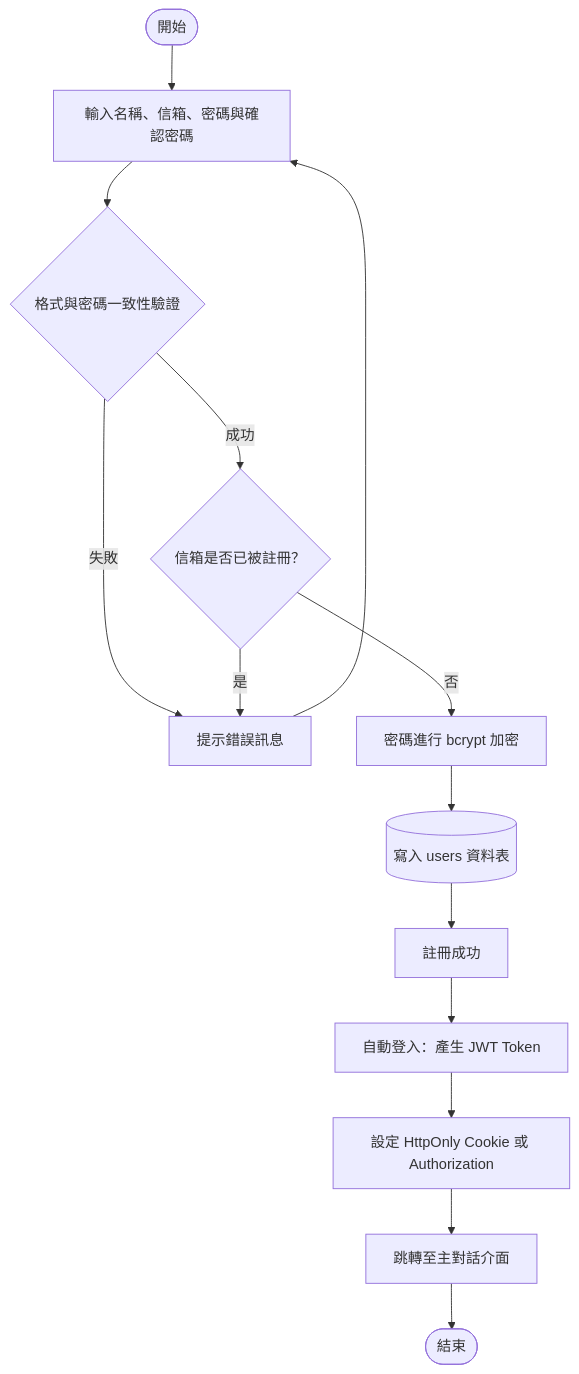
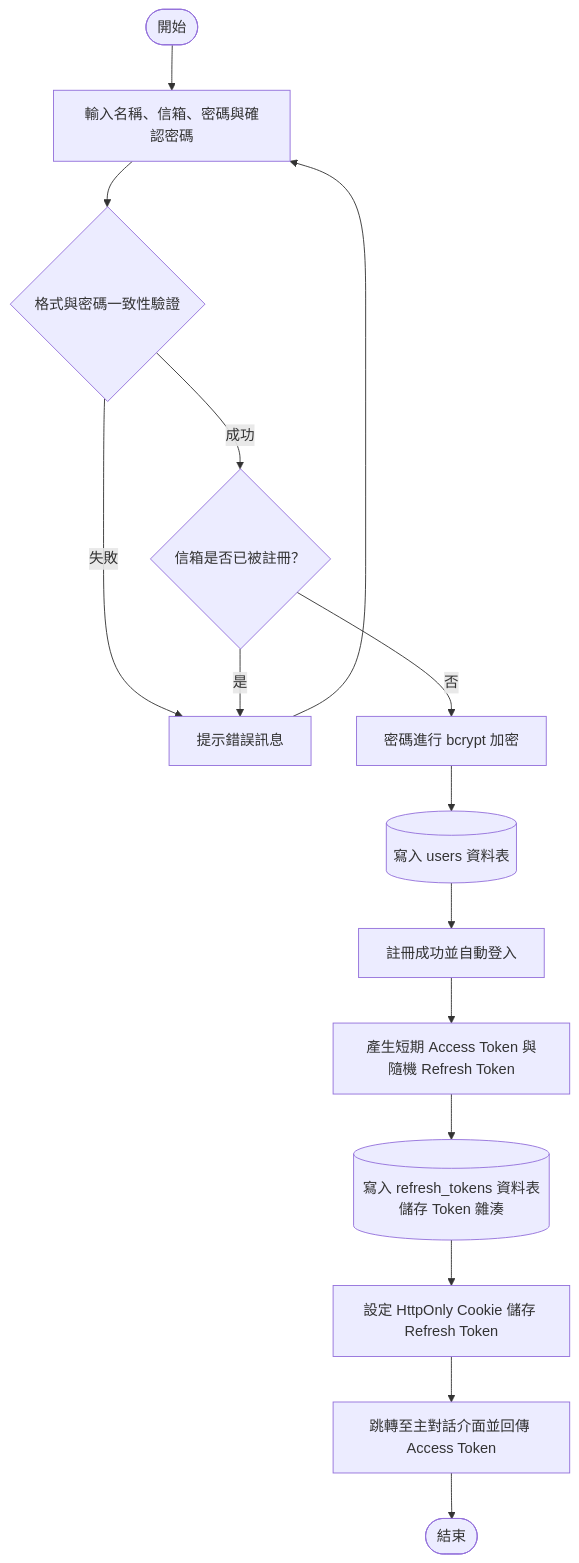
The first of 14 diagrams in docs/reports/final-report.md (nearcsie/near-chat), drawn with Mermaid before and after one commit. The commit also changed other lines of this file, not shown here.

Commit message:
docs: SQL database schema 補全，新增 jwt 驗證機制說明

````diff
--- a/docs/reports/final-report.md
+++ b/docs/reports/final-report.md
@@ -365,15 +398,16 @@
 ```mermaid
 flowchart TD                                                                                                 
     Start([開始]) --> RegInput[輸入名稱、信箱、密碼與確認密碼]
     RegInput --> RegValid{格式與密碼一致性驗證}
     RegValid -- 失敗 --> RegErr[提示錯誤訊息] --> RegInput 
     RegValid -- 成功 --> CheckEmailExist{信箱是否已被註冊？} 
     CheckEmailExist -- 是 --> RegErr
     CheckEmailExist -- 否 --> Bcrypt[密碼進行 bcrypt 加密]
     Bcrypt --> DBInsertUser[(寫入 users 資料表)]  
-    DBInsertUser --> RegSuccess[註冊成功]
-    RegSuccess --> GenJWT[自動登入：產生 JWT Token]
-    GenJWT --> SetCookie[設定 HttpOnly Cookie 或 Authorization]
-    SetCookie --> RedirectMain[跳轉至主對話介面]
+    DBInsertUser --> RegSuccess[註冊成功並自動登入]
+    RegSuccess --> GenTokens[產生短期 Access Token 與隨機 Refresh Token]
+    GenTokens --> DBInsertRefresh[(寫入 refresh_tokens 資料表儲存 Token 雜湊)]
+    DBInsertRefresh --> SetCookie[設定 HttpOnly Cookie 儲存 Refresh Token]
+    SetCookie --> RedirectMain[跳轉至主對話介面並回傳 Access Token]
     RedirectMain --> End([結束])      
 ```
````
